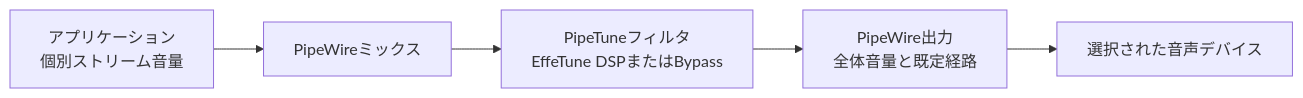
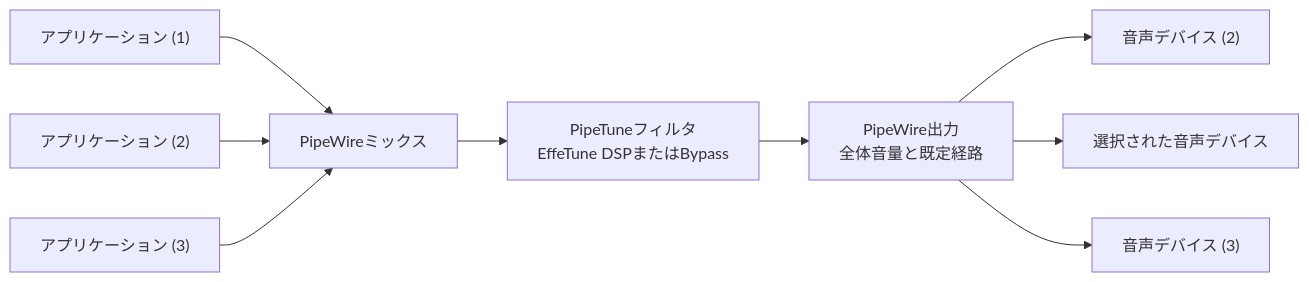
One commit to kekyo/pipetune changed the diagram in README_ja.md. Above: the diagram before and after it, drawn with Mermaid. The commit also changed other lines of this file and 4 other files, not shown here.

````diff
--- a/README_ja.md
+++ b/README_ja.md
@@ -132,13 +126,21 @@
 ```mermaid
 flowchart LR
-    apps["アプリケーション<br/>個別ストリーム音量"]
+    apps1["アプリケーション (1)"]
+    apps2["アプリケーション (2)"]
+    apps3["アプリケーション (3)"]
     mix["PipeWireミックス"]
     tune["PipeTuneフィルタ<br/>EffeTune DSPまたはBypass"]
     output["PipeWire出力<br/>全体音量と既定経路"]
     device["選択された音声デバイス"]
+    device2["音声デバイス (2)"]
+    device3["音声デバイス (3)"]
 
-    apps --> mix
+    apps1 --> mix
+    apps2 --> mix
+    apps3 --> mix
     mix --> tune
     tune --> output
+    output --> device2
     output --> device
+    output --> device3
 ```
````
